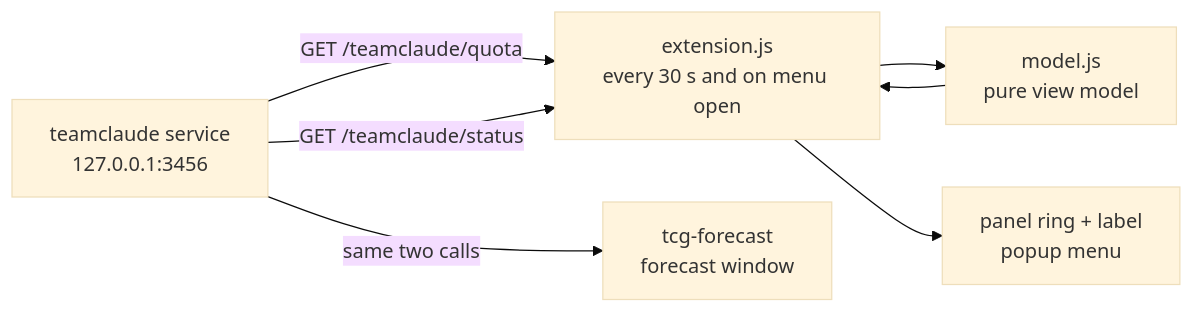
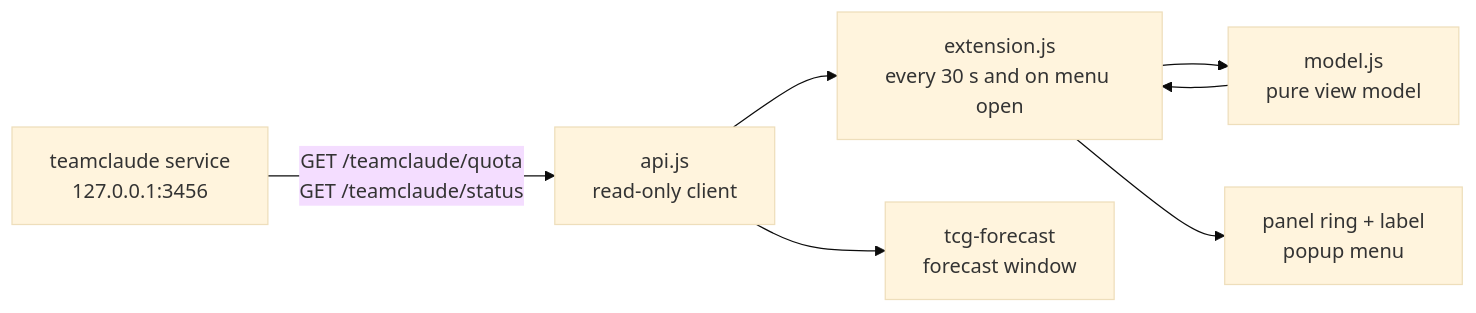
Before and after one commit to ma2t/teamclaude-gauge: the first of 2 diagrams in README.md, drawn with Mermaid (base theme). The commit also changed other lines of this file and 4 other files, not shown here.

````diff
--- a/README.md
+++ b/README.md
@@ -65,9 +68,9 @@
 ```mermaid
 flowchart LR
-  TC[teamclaude service<br/>127.0.0.1:3456] -->|GET /teamclaude/quota| EXT
-  TC -->|GET /teamclaude/status| EXT
-  EXT[extension.js<br/>every 30 s and on menu open] --> MODEL[model.js<br/>pure view model]
+  TC[teamclaude service<br/>127.0.0.1:3456] -->|GET /teamclaude/quota<br/>GET /teamclaude/status| API[api.js<br/>read-only client]
+  API --> EXT[extension.js<br/>every 30 s and on menu open]
+  EXT --> MODEL[model.js<br/>pure view model]
   MODEL --> EXT
   EXT --> UI[panel ring + label<br/>popup menu]
-  TC -->|same two calls| FC[tcg-forecast<br/>forecast window]
+  API --> FC[tcg-forecast<br/>forecast window]
 ```
````
